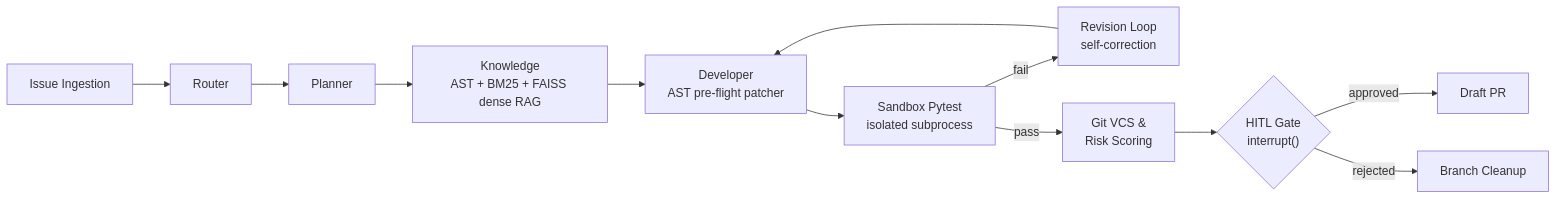
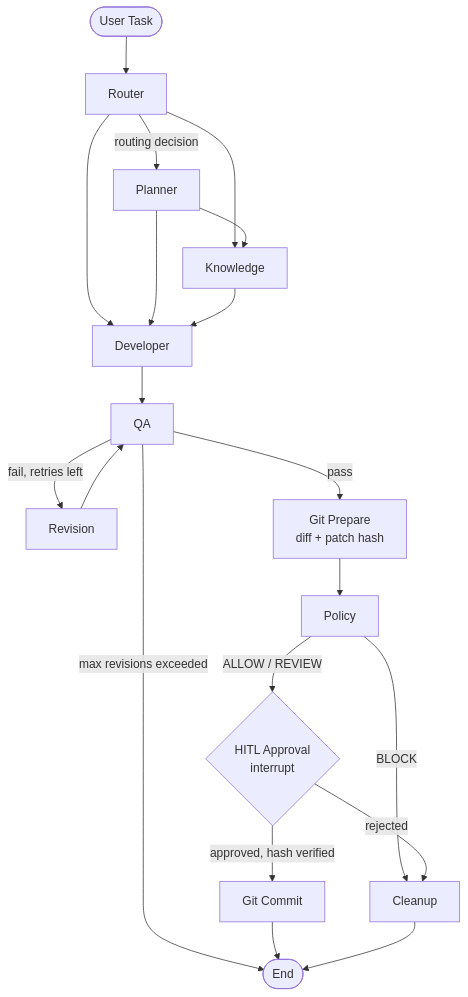
One commit to king-man1905/agentic-ai-software-engineer changed the diagram in README.md. Above: the diagram before and after it, drawn with Mermaid. The commit also changed other lines of this file and 1 other file, not shown here.

Commit message:
docs: finalize project README and architecture diagram

````diff
--- a/README.md
+++ b/README.md
@@ -27,14 +34,22 @@
 ```mermaid
-flowchart LR
-    A[Issue Ingestion] --> B[Router]
-    B --> C[Planner]
-    C --> D["Knowledge<br/>AST + BM25 + FAISS dense RAG"]
-    D --> E["Developer<br/>AST pre-flight patcher"]
-    E --> F["Sandbox Pytest<br/>isolated subprocess"]
-    F -->|fail| G["Revision Loop<br/>self-correction"]
-    G --> E
-    F -->|pass| H["Git VCS &<br/>Risk Scoring"]
-    H --> I{"HITL Gate<br/>interrupt()"}
-    I -->|approved| J[Draft PR]
-    I -->|rejected| K[Branch Cleanup]
+flowchart TD
+    Start([User Task]) --> Router
+    Router -->|routing decision| Planner
+    Router --> Knowledge
+    Router --> Developer
+    Planner --> Knowledge
+    Planner --> Developer
+    Knowledge --> Developer
+    Developer --> QA
+    QA -->|fail, retries left| Revision
+    Revision --> QA
+    QA -->|pass| GitPrepare[Git Prepare<br/>diff + patch hash]
+    QA -->|max revisions exceeded| End([End])
+    GitPrepare --> Policy
+    Policy -->|BLOCK| Cleanup
+    Policy -->|ALLOW / REVIEW| Approval{HITL Approval<br/>interrupt}
+    Approval -->|rejected| Cleanup
+    Approval -->|approved, hash verified| GitCommit[Git Commit]
+    GitCommit --> End
+    Cleanup --> End
 ```
````
